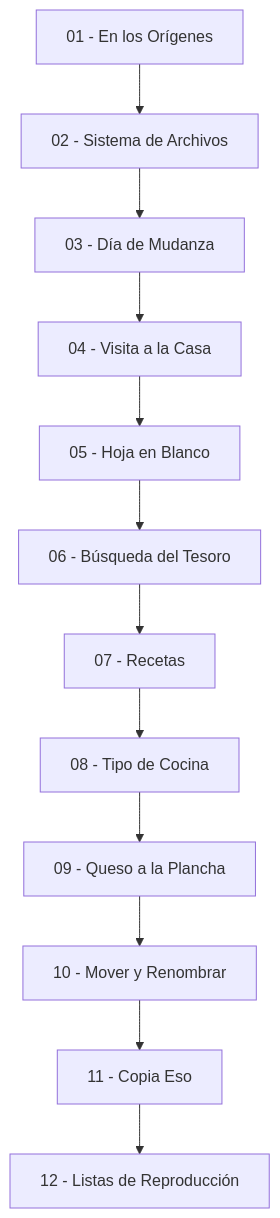
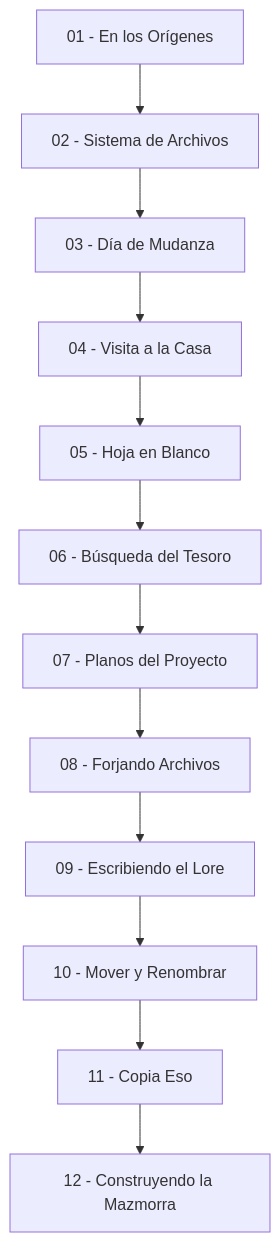
Before and after one commit to alanfabzlab/Developer-Knowledge-Base: the diagram in 🖥️ Command Line/README-ES.md, drawn with Mermaid. The commit also changed other lines of this file and 15 other files, not shown here.

````diff
--- a/🖥️ Command Line/README-ES.md
+++ b/🖥️ Command Line/README-ES.md
@@ -79,14 +79,14 @@
 ```mermaid
 flowchart TD
     A[01 - En los Orígenes] --> B[02 - Sistema de Archivos]
     B --> C[03 - Día de Mudanza]
     C --> D[04 - Visita a la Casa]
     D --> E[05 - Hoja en Blanco]
     E --> F[06 - Búsqueda del Tesoro]
-    F --> G[07 - Recetas]
-    G --> H[08 - Tipo de Cocina]
-    H --> I[09 - Queso a la Plancha]
+    F --> G[07 - Planos del Proyecto]
+    G --> H[08 - Forjando Archivos]
+    H --> I[09 - Escribiendo el Lore]
     I --> J[10 - Mover y Renombrar]
     J --> K[11 - Copia Eso]
-    K --> L[12 - Listas de Reproducción]
+    K --> L[12 - Construyendo la Mazmorra]
 ```
````
